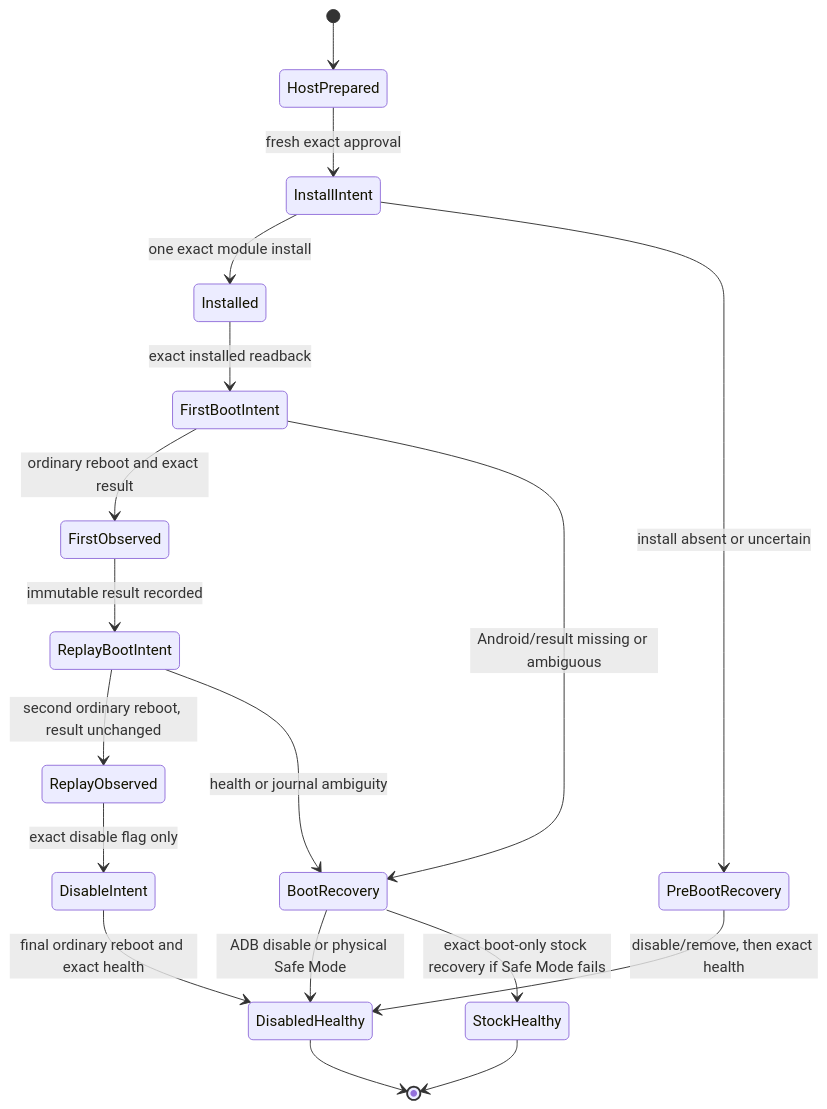
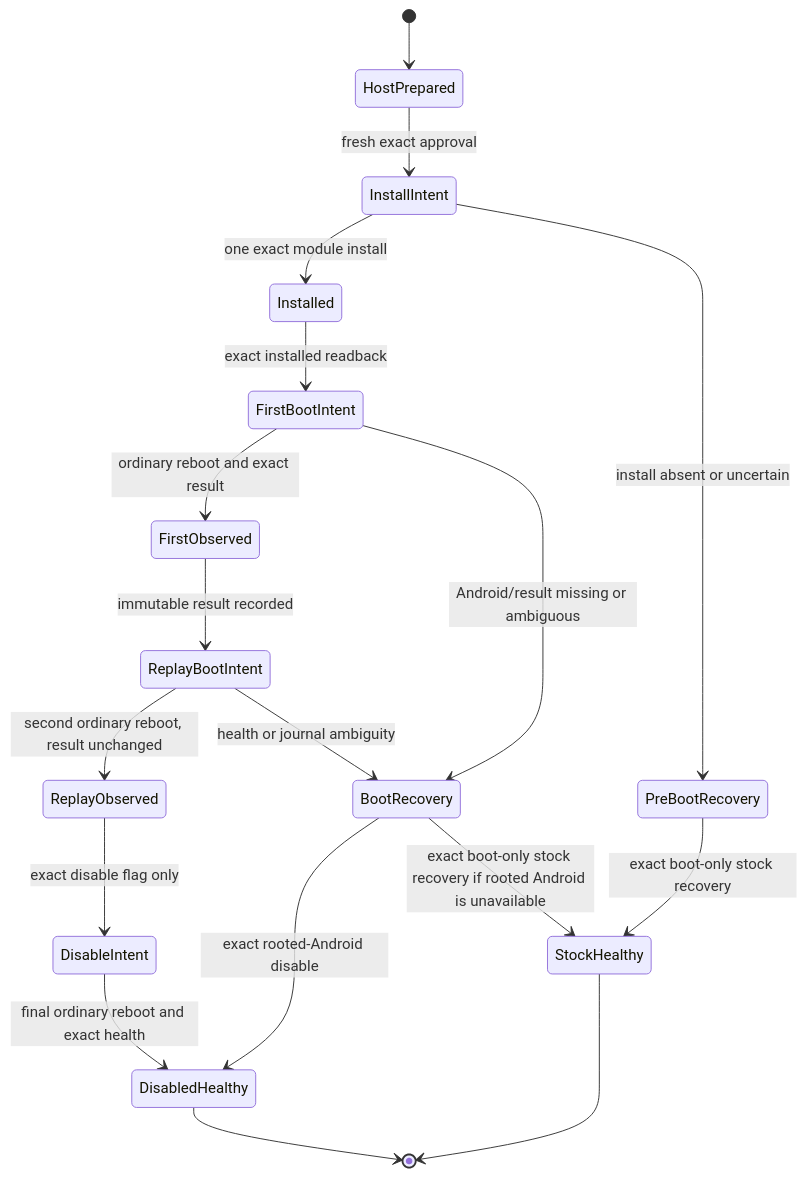
One commit to Temmie-Tem/android-native-init-lab changed the diagram in docs/plans/S20PLUS_G986N_NATIVE_CANARY_ROOT_DATA_TRANSACTION_DRAFT_2026-08-15.md. Above: the diagram before and after it, drawn with Mermaid. The commit also changed other lines of this file and 10 other files, not shown here.

````diff
--- a/docs/plans/S20PLUS_G986N_NATIVE_CANARY_ROOT_DATA_TRANSACTION_DRAFT_2026-08-15.md
+++ b/docs/plans/S20PLUS_G986N_NATIVE_CANARY_ROOT_DATA_TRANSACTION_DRAFT_2026-08-15.md
@@ -128,20 +133,20 @@
 ```mermaid
 stateDiagram-v2
     [*] --> HostPrepared
     HostPrepared --> InstallIntent: fresh exact approval
     InstallIntent --> Installed: one exact module install
     InstallIntent --> PreBootRecovery: install absent or uncertain
     Installed --> FirstBootIntent: exact installed readback
     FirstBootIntent --> FirstObserved: ordinary reboot and exact result
     FirstBootIntent --> BootRecovery: Android/result missing or ambiguous
     FirstObserved --> ReplayBootIntent: immutable result recorded
     ReplayBootIntent --> ReplayObserved: second ordinary reboot, result unchanged
     ReplayBootIntent --> BootRecovery: health or journal ambiguity
     ReplayObserved --> DisableIntent: exact disable flag only
     DisableIntent --> DisabledHealthy: final ordinary reboot and exact health
-    PreBootRecovery --> DisabledHealthy: disable/remove, then exact health
-    BootRecovery --> DisabledHealthy: ADB disable or physical Safe Mode
-    BootRecovery --> StockHealthy: exact boot-only stock recovery if Safe Mode fails
+    PreBootRecovery --> StockHealthy: exact boot-only stock recovery
+    BootRecovery --> DisabledHealthy: exact rooted-Android disable
+    BootRecovery --> StockHealthy: exact boot-only stock recovery if rooted Android is unavailable
     DisabledHealthy --> [*]
     StockHealthy --> [*]
 ```
````
